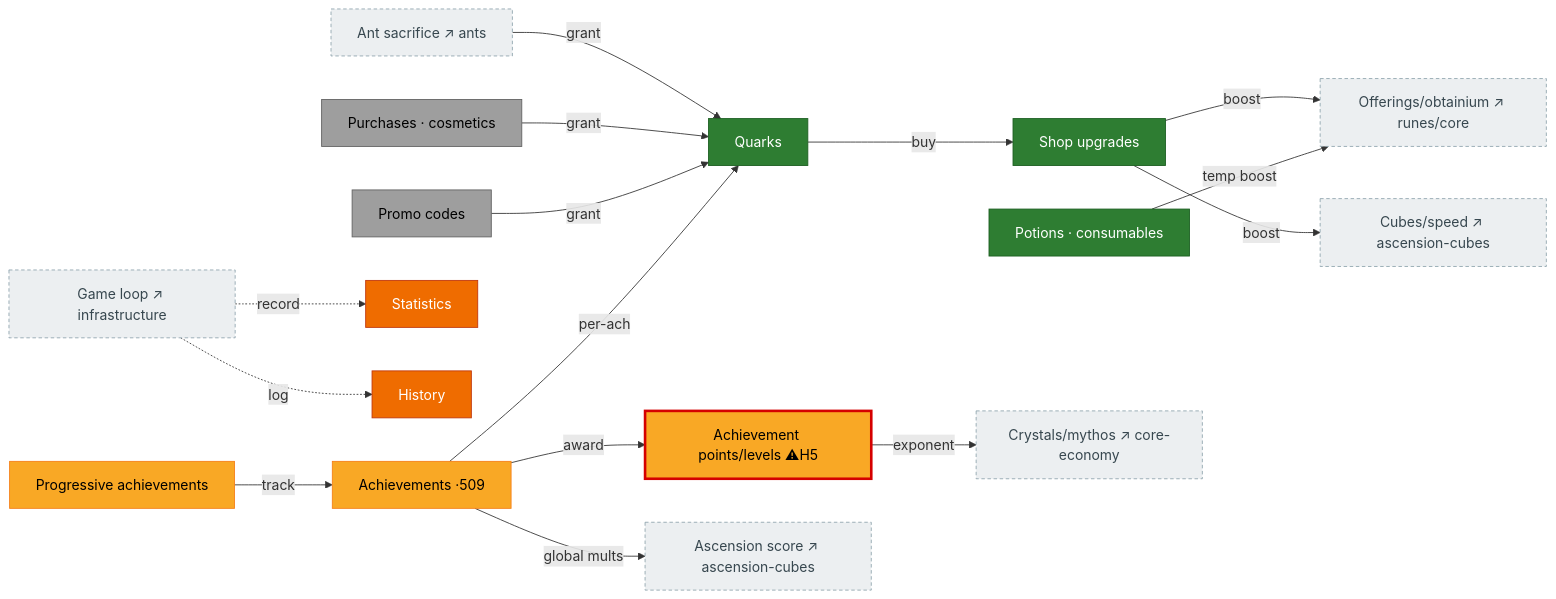
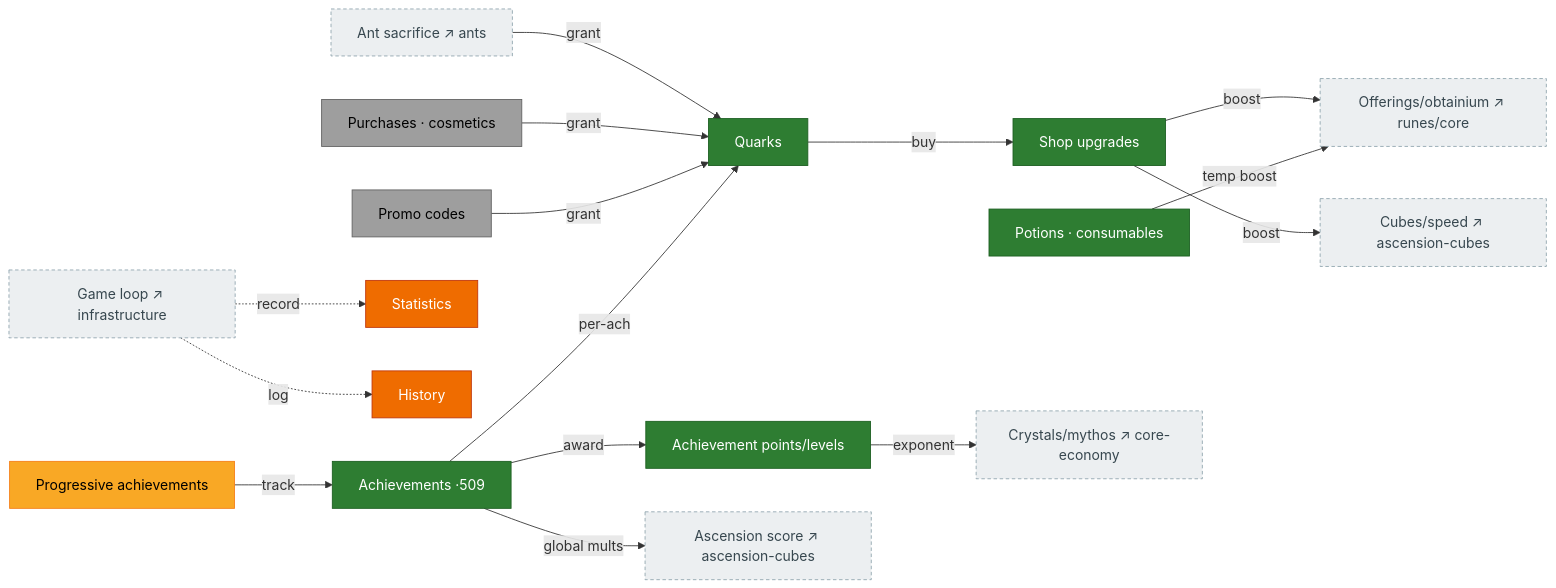
One commit to MaddisonM79/synergism_forkd changed the diagram in docs/systems/meta-economy.md. Above: the diagram before and after it, drawn with Mermaid. The commit also changed other lines of this file, not shown here.

First line of the commit message:
docs(systems): mark meta-economy achievements mostly ported (H5 fixed)

````diff
--- a/docs/systems/meta-economy.md
+++ b/docs/systems/meta-economy.md
@@ -10,42 +10,42 @@
 ```mermaid
 flowchart LR
   classDef ported fill:#2e7d32,color:#fff,stroke:#1b5e20;
   classDef partial fill:#f9a825,color:#000,stroke:#f57f17;
   classDef stub fill:#ef6c00,color:#fff,stroke:#bf360c;
   classDef absent fill:#9e9e9e,color:#000,stroke:#616161;
   classDef bug fill:#f9a825,color:#000,stroke:#d50000,stroke-width:3px;
   classDef ext fill:#eceff1,color:#37474f,stroke:#90a4ae,stroke-dasharray:4 3;
 
   quarks["Quarks"]:::ported
   shopUpg["Shop upgrades"]:::ported
   potions["Potions · consumables"]:::ported
   purchases["Purchases · cosmetics"]:::absent
   codes["Promo codes"]:::absent
-  achievements["Achievements ·509"]:::partial
-  achPoints["Achievement points/levels ⚠H5"]:::bug
+  achievements["Achievements ·509"]:::ported
+  achPoints["Achievement points/levels"]:::ported
   progAch["Progressive achievements"]:::partial
   statistics["Statistics"]:::stub
   history["History"]:::stub
 
   antSac["Ant sacrifice ↗ ants"]:::ext
   off["Offerings/obtainium ↗ runes/core"]:::ext
   cubes["Cubes/speed ↗ ascension-cubes"]:::ext
   crystals["Crystals/mythos ↗ core-economy"]:::ext
   score["Ascension score ↗ ascension-cubes"]:::ext
   gameLoop["Game loop ↗ infrastructure"]:::ext
 
   antSac -->|"grant"| quarks
   purchases -->|"grant"| quarks
   codes -->|"grant"| quarks
   achievements -->|"per-ach"| quarks
   quarks -->|"buy"| shopUpg
   shopUpg -->|"boost"| off
   shopUpg -->|"boost"| cubes
   potions -->|"temp boost"| off
   achievements -->|"award"| achPoints
   achPoints -->|"exponent"| crystals
   achievements -->|"global mults"| score
   progAch -->|"track"| achievements
   gameLoop -.->|"record"| statistics
   gameLoop -.->|"log"| history
 ```
````
